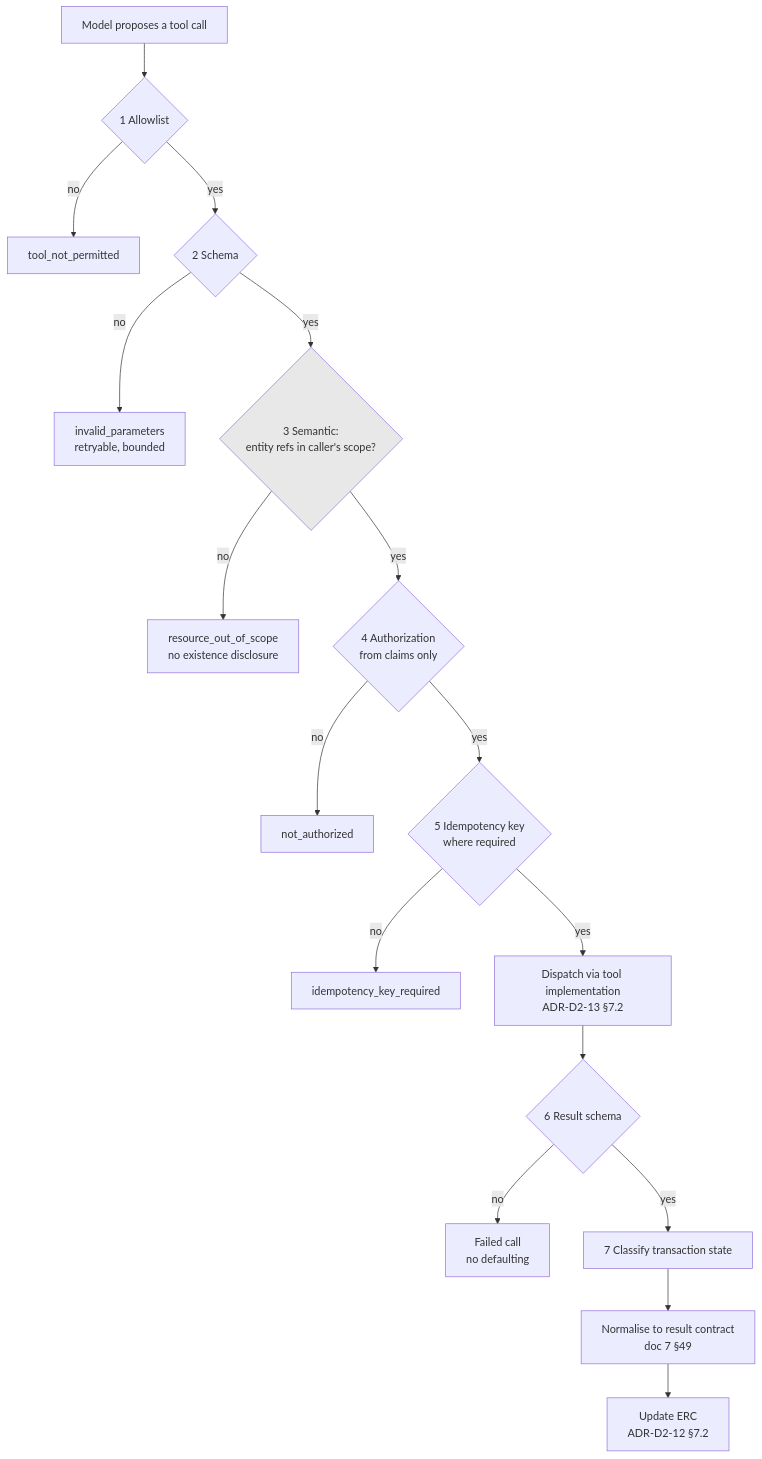
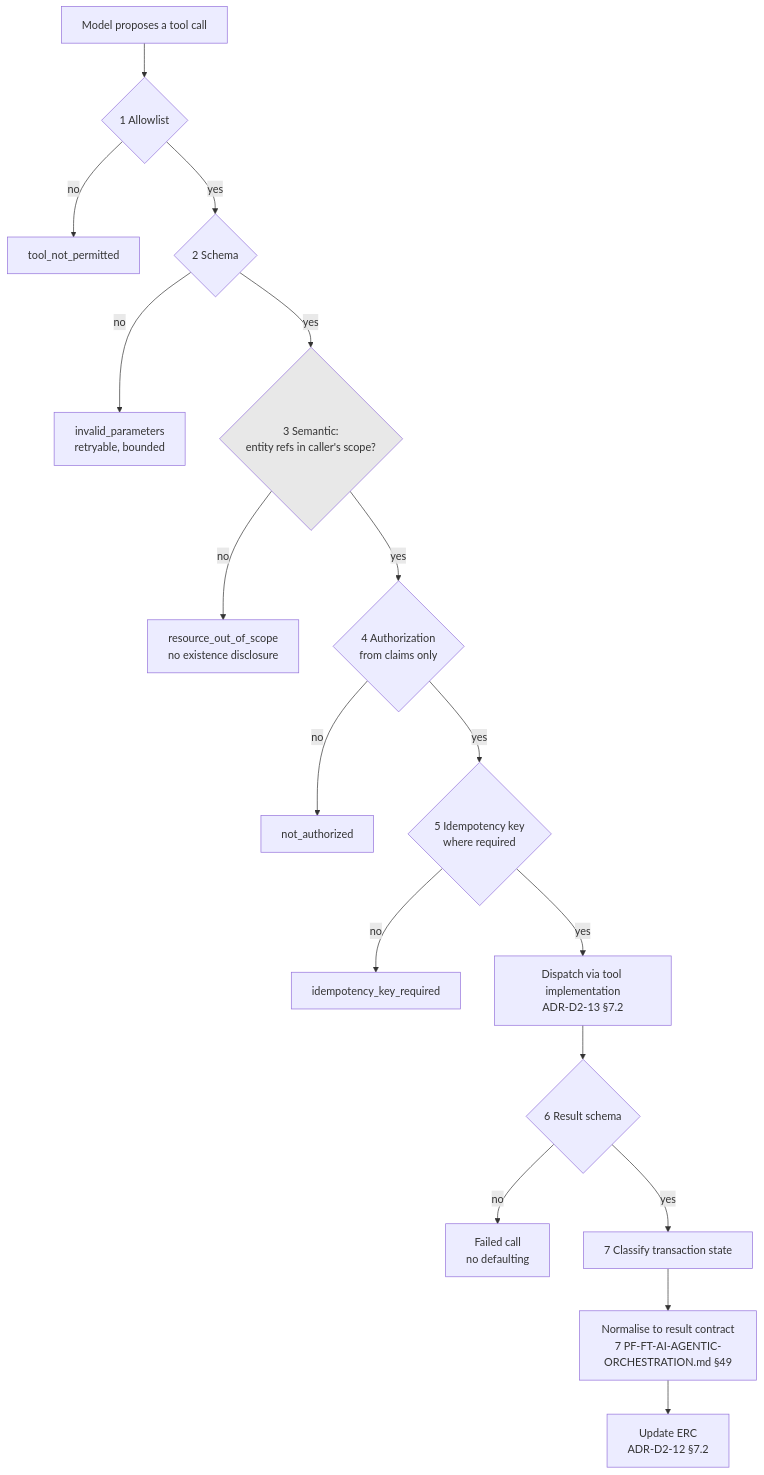
Before and after one commit to gobimca87/PF-FT: the diagram in docs/architecture/adr/03-ai-architecture/ADR-D3-04-tool-calling-and-validation-boundary.md, drawn with Mermaid. The commit also changed other lines of this file and 143 other files, not shown here.

````diff
--- a/docs/architecture/adr/03-ai-architecture/ADR-D3-04-tool-calling-and-validation-boundary.md
+++ b/docs/architecture/adr/03-ai-architecture/ADR-D3-04-tool-calling-and-validation-boundary.md
@@ -342,21 +342,21 @@
 ```mermaid
 flowchart TD
     M[Model proposes a tool call] --> G1{1 Allowlist}
     G1 -- no --> R1[tool_not_permitted]
     G1 -- yes --> G2{2 Schema}
     G2 -- no --> R2[invalid_parameters<br/>retryable, bounded]
     G2 -- yes --> G3{3 Semantic:<br/>entity refs in caller's scope?}
     G3 -- no --> R3[resource_out_of_scope<br/>no existence disclosure]
     G3 -- yes --> G4{4 Authorization<br/>from claims only}
     G4 -- no --> R4[not_authorized]
     G4 -- yes --> G5{5 Idempotency key<br/>where required}
     G5 -- no --> R5[idempotency_key_required]
     G5 -- yes --> D[Dispatch via tool implementation<br/>ADR-D2-13 §7.2]
     D --> G6{6 Result schema}
     G6 -- no --> F[Failed call<br/>no defaulting]
     G6 -- yes --> G7[7 Classify transaction state]
-    G7 --> N[Normalise to result contract<br/>doc 7 §49]
+    G7 --> N[Normalise to result contract<br/>7 PF-FT-AI-AGENTIC-ORCHESTRATION.md §49]
     N --> E[Update ERC<br/>ADR-D2-12 §7.2]
 
     style G3 fill:#e8e8e8
 ```
````
